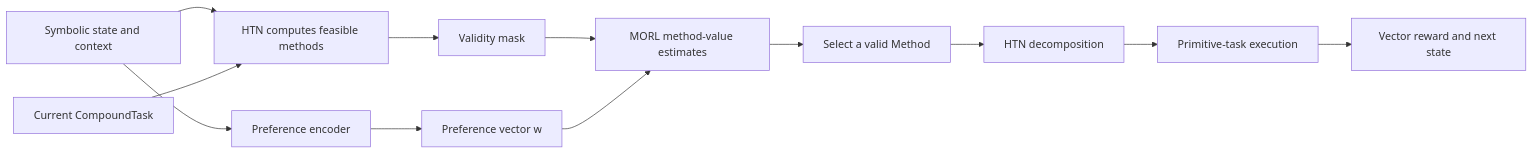
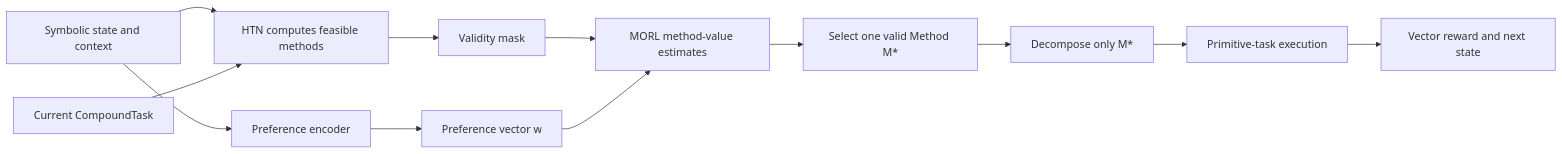
The diagram in docs/annotations/reinforcement-learning/morl.md (AndersonGACFilho/htn-goap-morl-agent), drawn with Mermaid before and after one commit. The commit also changed other lines of this file and 14 other files, not shown here.

First line of the commit message:
docs(architecture): clarify MORL direct selection and fallback

````diff
--- a/docs/annotations/reinforcement-learning/morl.md
+++ b/docs/annotations/reinforcement-learning/morl.md
@@ -54,14 +54,14 @@
 ```mermaid
 flowchart LR
     S[Symbolic state and context] --> F[HTN computes feasible methods]
     T[Current CompoundTask] --> F
     F --> M[Validity mask]
     S --> W[Preference encoder]
     W --> P[Preference vector w]
     M --> Q[MORL method-value estimates]
     P --> Q
-    Q --> C[Select a valid Method]
-    C --> D[HTN decomposition]
+    Q --> C[Select one valid Method M*]
+    C --> D[Decompose only M*]
     D --> E[Primitive-task execution]
     E --> R[Vector reward and next state]
 ```
````
